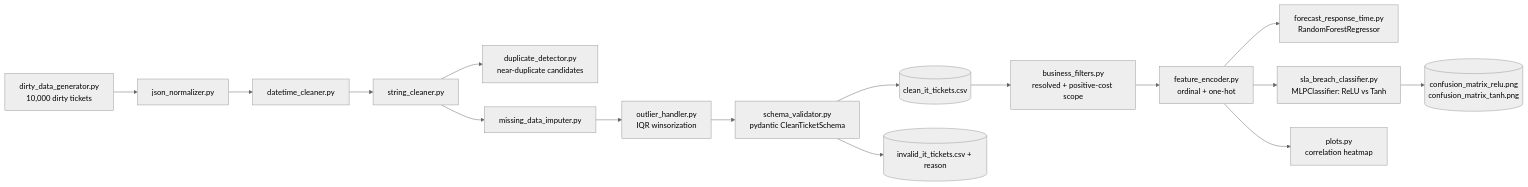
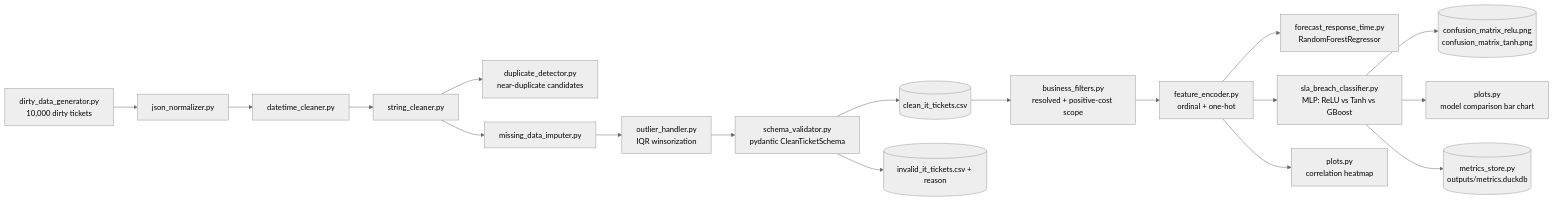
One commit to Rxyxs/Limpieza_Datos changed the diagram in README.md. Above: the diagram before and after it, drawn with Mermaid (neutral theme). The commit also changed other lines of this file and 10 other files, not shown here.

First line of the commit message:
feat: add Gradient Boosting as a third SLA-breach model, comparison chart, and DuckDB metrics persistence

````diff
--- a/README.md
+++ b/README.md
@@ -38,18 +39,20 @@
 ```mermaid
 flowchart LR
     A[dirty_data_generator.py<br/>10,000 dirty tickets] --> B[json_normalizer.py]
     B --> C[datetime_cleaner.py]
     C --> D[string_cleaner.py]
     D --> E[duplicate_detector.py<br/>near-duplicate candidates]
     D --> F[missing_data_imputer.py]
     F --> G[outlier_handler.py<br/>IQR winsorization]
     G --> H["schema_validator.py<br/>pydantic CleanTicketSchema"]
     H --> I[(clean_it_tickets.csv)]
     H --> J[(invalid_it_tickets.csv + reason)]
     I --> K[business_filters.py<br/>resolved + positive-cost scope]
     K --> L[feature_encoder.py<br/>ordinal + one-hot]
     L --> M["forecast_response_time.py<br/>RandomForestRegressor"]
-    L --> N["sla_breach_classifier.py<br/>MLPClassifier: ReLU vs Tanh"]
+    L --> N["sla_breach_classifier.py<br/>MLP: ReLU vs Tanh vs GBoost"]
     L --> O["plots.py<br/>correlation heatmap"]
     N --> P[(confusion_matrix_relu.png<br/>confusion_matrix_tanh.png)]
+    N --> Q["plots.py<br/>model comparison bar chart"]
+    N --> R[("metrics_store.py<br/>outputs/metrics.duckdb")]
 ```
````
